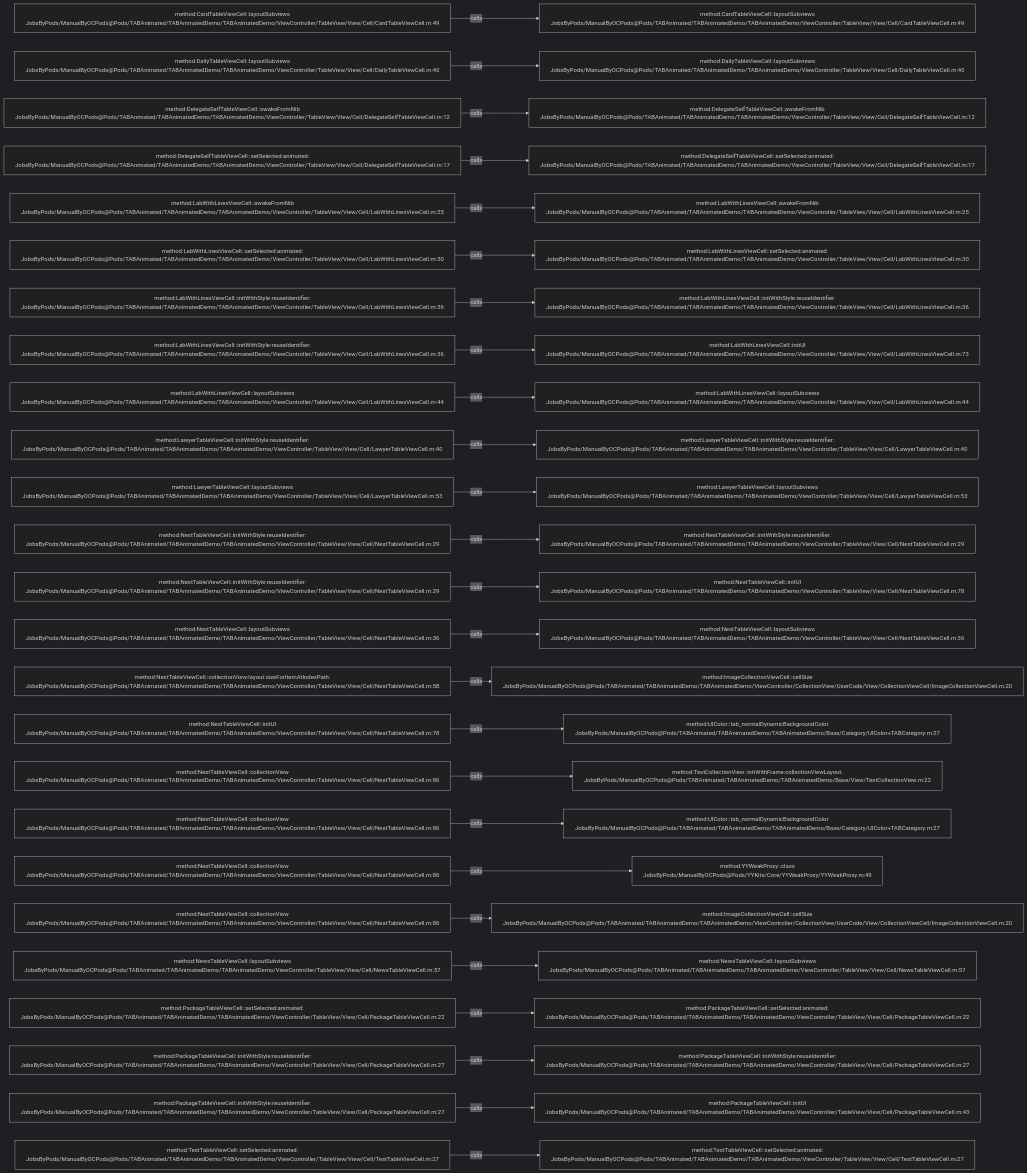
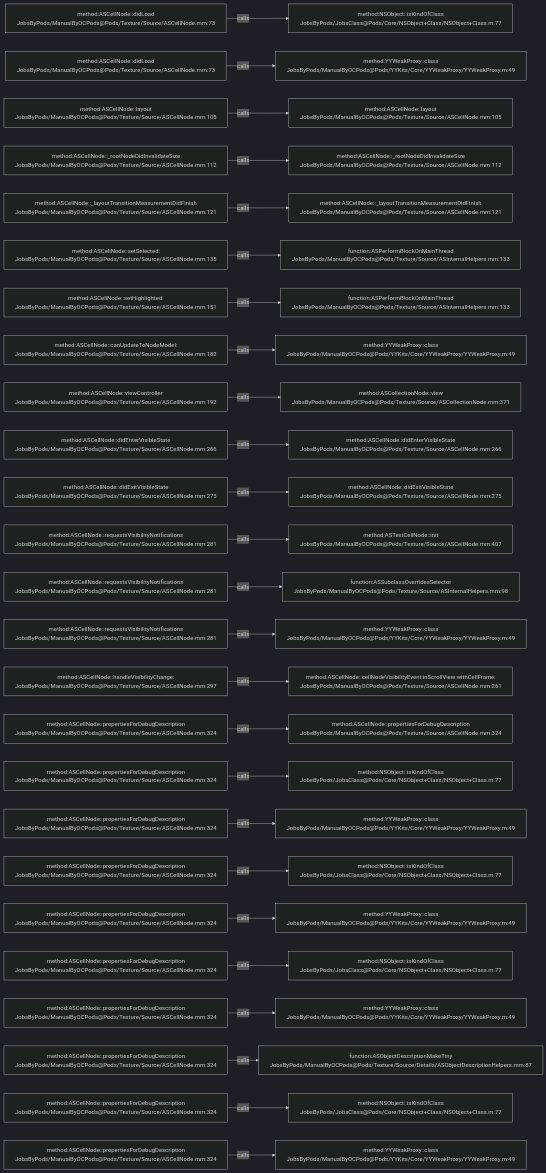
One commit to JobsKits/JobsOCBaseConfigDemo changed the diagram in .codegraph/codegraph.md/graphs/calls-075.md. Above: the diagram before and after it, drawn with Mermaid (dark theme). The commit also changed 1223 other files, not shown here.

````diff
--- a/.codegraph/codegraph.md/graphs/calls-075.md
+++ b/.codegraph/codegraph.md/graphs/calls-075.md
@@ -13,78 +13,78 @@
 ```mermaid
 flowchart LR
-  S1["method:CardTableViewCell::layoutSubviews<br/>JobsByPods/ManualByOCPods@Pods/TABAnimated/TABAnimatedDemo/TABAnimatedDemo/ViewController/TableView/View/Cell/CardTableViewCell.m:49"]
-  T1["method:CardTableViewCell::layoutSubviews<br/>JobsByPods/ManualByOCPods@Pods/TABAnimated/TABAnimatedDemo/TABAnimatedDemo/ViewController/TableView/View/Cell/CardTableViewCell.m:49"]
+  S1["method:ASCellNode::didLoad<br/>JobsByPods/ManualByOCPods@Pods/Texture/Source/ASCellNode.mm:73"]
+  T1["method:NSObject::isKindOfClass<br/>JobsByPods/JobsClass@Pods/Core/NSObject+Class/NSObject+Class.m:77"]
   S1 -->|calls| T1
-  S2["method:DailyTableViewCell::layoutSubviews<br/>JobsByPods/ManualByOCPods@Pods/TABAnimated/TABAnimatedDemo/TABAnimatedDemo/ViewController/TableView/View/Cell/DailyTableViewCell.m:40"]
-  T2["method:DailyTableViewCell::layoutSubviews<br/>JobsByPods/ManualByOCPods@Pods/TABAnimated/TABAnimatedDemo/TABAnimatedDemo/ViewController/TableView/View/Cell/DailyTableViewCell.m:40"]
+  S2["method:ASCellNode::didLoad<br/>JobsByPods/ManualByOCPods@Pods/Texture/Source/ASCellNode.mm:73"]
+  T2["method:YYWeakProxy::class<br/>JobsByPods/ManualByOCPods@Pods/YYKits/Core/YYWeakProxy/YYWeakProxy.m:49"]
   S2 -->|calls| T2
-  S3["method:DelegateSelfTableViewCell::awakeFromNib<br/>JobsByPods/ManualByOCPods@Pods/TABAnimated/TABAnimatedDemo/TABAnimatedDemo/ViewController/TableView/View/Cell/DelegateSelfTableViewCell.m:12"]
-  T3["method:DelegateSelfTableViewCell::awakeFromNib<br/>JobsByPods/ManualByOCPods@Pods/TABAnimated/TABAnimatedDemo/TABAnimatedDemo/ViewController/TableView/View/Cell/DelegateSelfTableViewCell.m:12"]
+  S3["method:ASCellNode::layout<br/>JobsByPods/ManualByOCPods@Pods/Texture/Source/ASCellNode.mm:105"]
+  T3["method:ASCellNode::layout<br/>JobsByPods/ManualByOCPods@Pods/Texture/Source/ASCellNode.mm:105"]
   S3 -->|calls| T3
-  S4["method:DelegateSelfTableViewCell::setSelected:animated:<br/>JobsByPods/ManualByOCPods@Pods/TABAnimated/TABAnimatedDemo/TABAnimatedDemo/ViewController/TableView/View/Cell/DelegateSelfTableViewCell.m:17"]
-  T4["method:DelegateSelfTableViewCell::setSelected:animated:<br/>JobsByPods/ManualByOCPods@Pods/TABAnimated/TABAnimatedDemo/TABAnimatedDemo/ViewController/TableView/View/Cell/DelegateSelfTableViewCell.m:17"]
+  S4["method:ASCellNode::_rootNodeDidInvalidateSize<br/>JobsByPods/ManualByOCPods@Pods/Texture/Source/ASCellNode.mm:112"]
+  T4["method:ASCellNode::_rootNodeDidInvalidateSize<br/>JobsByPods/ManualByOCPods@Pods/Texture/Source/ASCellNode.mm:112"]
   S4 -->|calls| T4
-  S5["method:LabWithLinesViewCell::awakeFromNib<br/>JobsByPods/ManualByOCPods@Pods/TABAnimated/TABAnimatedDemo/TABAnimatedDemo/ViewController/TableView/View/Cell/LabWithLinesViewCell.m:25"]
-  T5["method:LabWithLinesViewCell::awakeFromNib<br/>JobsByPods/ManualByOCPods@Pods/TABAnimated/TABAnimatedDemo/TABAnimatedDemo/ViewController/TableView/View/Cell/LabWithLinesViewCell.m:25"]
+  S5["method:ASCellNode::_layoutTransitionMeasurementDidFinish<br/>JobsByPods/ManualByOCPods@Pods/Texture/Source/ASCellNode.mm:121"]
+  T5["method:ASCellNode::_layoutTransitionMeasurementDidFinish<br/>JobsByPods/ManualByOCPods@Pods/Texture/Source/ASCellNode.mm:121"]
   S5 -->|calls| T5
-  S6["method:LabWithLinesViewCell::setSelected:animated:<br/>JobsByPods/ManualByOCPods@Pods/TABAnimated/TABAnimatedDemo/TABAnimatedDemo/ViewController/TableView/View/Cell/LabWithLinesViewCell.m:30"]
-  T6["method:LabWithLinesViewCell::setSelected:animated:<br/>JobsByPods/ManualByOCPods@Pods/TABAnimated/TABAnimatedDemo/TABAnimatedDemo/ViewController/TableView/View/Cell/LabWithLinesViewCell.m:30"]
+  S6["method:ASCellNode::setSelected:<br/>JobsByPods/ManualByOCPods@Pods/Texture/Source/ASCellNode.mm:135"]
+  T6["function:ASPerformBlockOnMainThread<br/>JobsByPods/ManualByOCPods@Pods/Texture/Source/ASInternalHelpers.mm:133"]
   S6 -->|calls| T6
-  S7["method:LabWithLinesViewCell::initWithStyle:reuseIdentifier:<br/>JobsByPods/ManualByOCPods@Pods/TABAnimated/TABAnimatedDemo/TABAnimatedDemo/ViewController/TableView/View/Cell/LabWithLinesViewCell.m:36"]
-  T7["method:LabWithLinesViewCell::initWithStyle:reuseIdentifier:<br/>JobsByPods/ManualByOCPods@Pods/TABAnimated/TABAnimatedDemo/TABAnimatedDemo/ViewController/TableView/View/Cell/LabWithLinesViewCell.m:36"]
+  S7["method:ASCellNode::setHighlighted:<br/>JobsByPods/ManualByOCPods@Pods/Texture/Source/ASCellNode.mm:151"]
+  T7["function:ASPerformBlockOnMainThread<br/>JobsByPods/ManualByOCPods@Pods/Texture/Source/ASInternalHelpers.mm:133"]
   S7 -->|calls| T7
-  S8["method:LabWithLinesViewCell::initWithStyle:reuseIdentifier:<br/>JobsByPods/ManualByOCPods@Pods/TABAnimated/TABAnimatedDemo/TABAnimatedDemo/ViewController/TableView/View/Cell/LabWithLinesViewCell.m:36"]
-  T8["method:LabWithLinesViewCell::initUI<br/>JobsByPods/ManualByOCPods@Pods/TABAnimated/TABAnimatedDemo/TABAnimatedDemo/ViewController/TableView/View/Cell/LabWithLinesViewCell.m:73"]
+  S8["method:ASCellNode::canUpdateToNodeModel:<br/>JobsByPods/ManualByOCPods@Pods/Texture/Source/ASCellNode.mm:182"]
+  T8["method:YYWeakProxy::class<br/>JobsByPods/ManualByOCPods@Pods/YYKits/Core/YYWeakProxy/YYWeakProxy.m:49"]
   S8 -->|calls| T8
-  S9["method:LabWithLinesViewCell::layoutSubviews<br/>JobsByPods/ManualByOCPods@Pods/TABAnimated/TABAnimatedDemo/TABAnimatedDemo/ViewController/TableView/View/Cell/LabWithLinesViewCell.m:44"]
-  T9["method:LabWithLinesViewCell::layoutSubviews<br/>JobsByPods/ManualByOCPods@Pods/TABAnimated/TABAnimatedDemo/TABAnimatedDemo/ViewController/TableView/View/Cell/LabWithLinesViewCell.m:44"]
+  S9["method:ASCellNode::viewController<br/>JobsByPods/ManualByOCPods@Pods/Texture/Source/ASCellNode.mm:192"]
+  T9["method:ASCollectionNode::view<br/>JobsByPods/ManualByOCPods@Pods/Texture/Source/ASCollectionNode.mm:371"]
   S9 -->|calls| T9
-  S10["method:LawyerTableViewCell::initWithStyle:reuseIdentifier:<br/>JobsByPods/ManualByOCPods@Pods/TABAnimated/TABAnimatedDemo/TABAnimatedDemo/ViewController/TableView/View/Cell/LawyerTableViewCell.m:40"]
-  T10["method:LawyerTableViewCell::initWithStyle:reuseIdentifier:<br/>JobsByPods/ManualByOCPods@Pods/TABAnimated/TABAnimatedDemo/TABAnimatedDemo/ViewController/TableView/View/Cell/LawyerTableViewCell.m:40"]
+  S10["method:ASCellNode::didEnterVisibleState<br/>JobsByPods/ManualByOCPods@Pods/Texture/Source/ASCellNode.mm:266"]
+  T10["method:ASCellNode::didEnterVisibleState<br/>JobsByPods/ManualByOCPods@Pods/Texture/Source/ASCellNode.mm:266"]
   S10 -->|calls| T10
-  S11["method:LawyerTableViewCell::layoutSubviews<br/>JobsByPods/ManualByOCPods@Pods/TABAnimated/TABAnimatedDemo/TABAnimatedDemo/ViewController/TableView/View/Cell/LawyerTableViewCell.m:53"]
-  T11["method:LawyerTableViewCell::layoutSubviews<br/>JobsByPods/ManualByOCPods@Pods/TABAnimated/TABAnimatedDemo/TABAnimatedDemo/ViewController/TableView/View/Cell/LawyerTableViewCell.m:53"]
+  S11["method:ASCellNode::didExitVisibleState<br/>JobsByPods/ManualByOCPods@Pods/Texture/Source/ASCellNode.mm:275"]
+  T11["method:ASCellNode::didExitVisibleState<br/>JobsByPods/ManualByOCPods@Pods/Texture/Source/ASCellNode.mm:275"]
   S11 -->|calls| T11
-  S12["method:NestTableViewCell::initWithStyle:reuseIdentifier:<br/>JobsByPods/ManualByOCPods@Pods/TABAnimated/TABAnimatedDemo/TABAnimatedDemo/ViewController/TableView/View/Cell/NestTableViewCell.m:29"]
-  T12["method:NestTableViewCell::initWithStyle:reuseIdentifier:<br/>JobsByPods/ManualByOCPods@Pods/TABAnimated/TABAnimatedDemo/TABAnimatedDemo/ViewController/TableView/View/Cell/NestTableViewCell.m:29"]
+  S12["method:ASCellNode::requestsVisibilityNotifications<br/>JobsByPods/ManualByOCPods@Pods/Texture/Source/ASCellNode.mm:281"]
+  T12["method:ASTextCellNode::init<br/>JobsByPods/ManualByOCPods@Pods/Texture/Source/ASCellNode.mm:407"]
   S12 -->|calls| T12
-  S13["method:NestTableViewCell::initWithStyle:reuseIdentifier:<br/>JobsByPods/ManualByOCPods@Pods/TABAnimated/TABAnimatedDemo/TABAnimatedDemo/ViewController/TableView/View/Cell/NestTableViewCell.m:29"]
-  T13["method:NestTableViewCell::initUI<br/>JobsByPods/ManualByOCPods@Pods/TABAnimated/TABAnimatedDemo/TABAnimatedDemo/ViewController/TableView/View/Cell/NestTableViewCell.m:78"]
+  S13["method:ASCellNode::requestsVisibilityNotifications<br/>JobsByPods/ManualByOCPods@Pods/Texture/Source/ASCellNode.mm:281"]
+  T13["function:ASSubclassOverridesSelector<br/>JobsByPods/ManualByOCPods@Pods/Texture/Source/ASInternalHelpers.mm:98"]
   S13 -->|calls| T13
-  S14["method:NestTableViewCell::layoutSubviews<br/>JobsByPods/ManualByOCPods@Pods/TABAnimated/TABAnimatedDemo/TABAnimatedDemo/ViewController/TableView/View/Cell/NestTableViewCell.m:36"]
-  T14["method:NestTableViewCell::layoutSubviews<br/>JobsByPods/ManualByOCPods@Pods/TABAnimated/TABAnimatedDemo/TABAnimatedDemo/ViewController/TableView/View/Cell/NestTableViewCell.m:36"]
+  S14["method:ASCellNode::requestsVisibilityNotifications<br/>JobsByPods/ManualByOCPods@Pods/Texture/Source/ASCellNode.mm:281"]
+  T14["method:YYWeakProxy::class<br/>JobsByPods/ManualByOCPods@Pods/YYKits/Core/YYWeakProxy/YYWeakProxy.m:49"]
   S14 -->|calls| T14
-  S15["method:NestTableViewCell::collectionView:layout:sizeForItemAtIndexPath:<br/>JobsByPods/ManualByOCPods@Pods/TABAnimated/TABAnimatedDemo/TABAnimatedDemo/ViewController/TableView/View/Cell/NestTableViewCell.m:58"]
-  T15["method:ImageCollectionViewCell::cellSize<br/>JobsByPods/ManualByOCPods@Pods/TABAnimated/TABAnimatedDemo/TABAnimatedDemo/ViewController/CollectionView/UserCode/View/CollectionViewCell/ImageCollectionViewCell.m:20"]
+  S15["method:ASCellNode::handleVisibilityChange:<br/>JobsByPods/ManualByOCPods@Pods/Texture/Source/ASCellNode.mm:297"]
+  T15["method:ASCellNode::cellNodeVisibilityEvent:inScrollView:withCellFrame:<br/>JobsByPods/ManualByOCPods@Pods/Texture/Source/ASCellNode.mm:261"]
   S15 -->|calls| T15
-  S16["method:NestTableViewCell::initUI<br/>JobsByPods/ManualByOCPods@Pods/TABAnimated/TABAnimatedDemo/TABAnimatedDemo/ViewController/TableView/View/Cell/NestTableViewCell.m:78"]
-  T16["method:UIColor::tab_normalDynamicBackgroundColor<br/>JobsByPods/ManualByOCPods@Pods/TABAnimated/TABAnimatedDemo/TABAnimatedDemo/Base/Category/UIColor+TABCategory.m:27"]
+  S16["method:ASCellNode::propertiesForDebugDescription<br/>JobsByPods/ManualByOCPods@Pods/Texture/Source/ASCellNode.mm:324"]
+  T16["method:ASCellNode::propertiesForDebugDescription<br/>JobsByPods/ManualByOCPods@Pods/Texture/Source/ASCellNode.mm:324"]
   S16 -->|calls| T16
-  S17["method:NestTableViewCell::collectionView<br/>JobsByPods/ManualByOCPods@Pods/TABAnimated/TABAnimatedDemo/TABAnimatedDemo/ViewController/TableView/View/Cell/NestTableViewCell.m:86"]
-  T17["method:TestCollectionView::initWithFrame:collectionViewLayout:<br/>JobsByPods/ManualByOCPods@Pods/TABAnimated/TABAnimatedDemo/TABAnimatedDemo/Base/View/TestCollectionView.m:22"]
+  S17["method:ASCellNode::propertiesForDebugDescription<br/>JobsByPods/ManualByOCPods@Pods/Texture/Source/ASCellNode.mm:324"]
+  T17["method:NSObject::isKindOfClass<br/>JobsByPods/JobsClass@Pods/Core/NSObject+Class/NSObject+Class.m:77"]
   S17 -->|calls| T17
-  S18["method:NestTableViewCell::collectionView<br/>JobsByPods/ManualByOCPods@Pods/TABAnimated/TABAnimatedDemo/TABAnimatedDemo/ViewController/TableView/View/Cell/NestTableViewCell.m:86"]
-  T18["method:UIColor::tab_normalDynamicBackgroundColor<br/>JobsByPods/ManualByOCPods@Pods/TABAnimated/TABAnimatedDemo/TABAnimatedDemo/Base/Category/UIColor+TABCategory.m:27"]
+  S18["method:ASCellNode::propertiesForDebugDescription<br/>JobsByPods/ManualByOCPods@Pods/Texture/Source/ASCellNode.mm:324"]
+  T18["method:YYWeakProxy::class<br/>JobsByPods/ManualByOCPods@Pods/YYKits/Core/YYWeakProxy/YYWeakProxy.m:49"]
   S18 -->|calls| T18
-  S19["method:NestTableViewCell::collectionView<br/>JobsByPods/ManualByOCPods@Pods/TABAnimated/TABAnimatedDemo/TABAnimatedDemo/ViewController/TableView/View/Cell/NestTableViewCell.m:86"]
-  T19["method:YYWeakProxy::class<br/>JobsByPods/ManualByOCPods@Pods/YYKits/Core/YYWeakProxy/YYWeakProxy.m:49"]
+  S19["method:ASCellNode::propertiesForDebugDescription<br/>JobsByPods/ManualByOCPods@Pods/Texture/Source/ASCellNode.mm:324"]
+  T19["method:NSObject::isKindOfClass<br/>JobsByPods/JobsClass@Pods/Core/NSObject+Class/NSObject+Class.m:77"]
   S19 -->|calls| T19
-  S20["method:NestTableViewCell::collectionView<br/>JobsByPods/ManualByOCPods@Pods/TABAnimated/TABAnimatedDemo/TABAnimatedDemo/ViewController/TableView/View/Cell/NestTableViewCell.m:86"]
-  T20["method:ImageCollectionViewCell::cellSize<br/>JobsByPods/ManualByOCPods@Pods/TABAnimated/TABAnimatedDemo/TABAnimatedDemo/ViewController/CollectionView/UserCode/View/CollectionViewCell/ImageCollectionViewCell.m:20"]
+  S20["method:ASCellNode::propertiesForDebugDescription<br/>JobsByPods/ManualByOCPods@Pods/Texture/Source/ASCellNode.mm:324"]
+  T20["method:YYWeakProxy::class<br/>JobsByPods/ManualByOCPods@Pods/YYKits/Core/YYWeakProxy/YYWeakProxy.m:49"]
   S20 -->|calls| T20
-  S21["method:NewsTableViewCell::layoutSubviews<br/>JobsByPods/ManualByOCPods@Pods/TABAnimated/TABAnimatedDemo/TABAnimatedDemo/ViewController/TableView/View/Cell/NewsTableViewCell.m:57"]
-  T21["method:NewsTableViewCell::layoutSubviews<br/>JobsByPods/ManualByOCPods@Pods/TABAnimated/TABAnimatedDemo/TABAnimatedDemo/ViewController/TableView/View/Cell/NewsTableViewCell.m:57"]
+  S21["method:ASCellNode::propertiesForDebugDescription<br/>JobsByPods/ManualByOCPods@Pods/Texture/Source/ASCellNode.mm:324"]
+  T21["method:NSObject::isKindOfClass<br/>JobsByPods/JobsClass@Pods/Core/NSObject+Class/NSObject+Class.m:77"]
   S21 -->|calls| T21
-  S22["method:PackageTableViewCell::setSelected:animated:<br/>JobsByPods/ManualByOCPods@Pods/TABAnimated/TABAnimatedDemo/TABAnimatedDemo/ViewController/TableView/View/Cell/PackageTableViewCell.m:22"]
-  T22["method:PackageTableViewCell::setSelected:animated:<br/>JobsByPods/ManualByOCPods@Pods/TABAnimated/TABAnimatedDemo/TABAnimatedDemo/ViewController/TableView/View/Cell/PackageTableViewCell.m:22"]
+  S22["method:ASCellNode::propertiesForDebugDescription<br/>JobsByPods/ManualByOCPods@Pods/Texture/Source/ASCellNode.mm:324"]
+  T22["method:YYWeakProxy::class<br/>JobsByPods/ManualByOCPods@Pods/YYKits/Core/YYWeakProxy/YYWeakProxy.m:49"]
   S22 -->|calls| T22
-  S23["method:PackageTableViewCell::initWithStyle:reuseIdentifier:<br/>JobsByPods/ManualByOCPods@Pods/TABAnimated/TABAnimatedDemo/TABAnimatedDemo/ViewController/TableView/View/Cell/PackageTableViewCell.m:27"]
-  T23["method:PackageTableViewCell::initWithStyle:reuseIdentifier:<br/>JobsByPods/ManualByOCPods@Pods/TABAnimated/TABAnimatedDemo/TABAnimatedDemo/ViewController/TableView/View/Cell/PackageTableViewCell.m:27"]
+  S23["method:ASCellNode::propertiesForDebugDescription<br/>JobsByPods/ManualByOCPods@Pods/Texture/Source/ASCellNode.mm:324"]
+  T23["function:ASObjectDescriptionMakeTiny<br/>JobsByPods/ManualByOCPods@Pods/Texture/Source/Details/ASObjectDescriptionHelpers.mm:87"]
   S23 -->|calls| T23
-  S24["method:PackageTableViewCell::initWithStyle:reuseIdentifier:<br/>JobsByPods/ManualByOCPods@Pods/TABAnimated/TABAnimatedDemo/TABAnimatedDemo/ViewController/TableView/View/Cell/PackageTableViewCell.m:27"]
-  T24["method:PackageTableViewCell::initUI<br/>JobsByPods/ManualByOCPods@Pods/TABAnimated/TABAnimatedDemo/TABAnimatedDemo/ViewController/TableView/View/Cell/PackageTableViewCell.m:43"]
+  S24["method:ASCellNode::propertiesForDebugDescription<br/>JobsByPods/ManualByOCPods@Pods/Texture/Source/ASCellNode.mm:324"]
+  T24["method:NSObject::isKindOfClass<br/>JobsByPods/JobsClass@Pods/Core/NSObject+Class/NSObject+Class.m:77"]
   S24 -->|calls| T24
-  S25["method:TestTableViewCell::setSelected:animated:<br/>JobsByPods/ManualByOCPods@Pods/TABAnimated/TABAnimatedDemo/TABAnimatedDemo/ViewController/TableView/View/Cell/TestTableViewCell.m:27"]
-  T25["method:TestTableViewCell::setSelected:animated:<br/>JobsByPods/ManualByOCPods@Pods/TABAnimated/TABAnimatedDemo/TABAnimatedDemo/ViewController/TableView/View/Cell/TestTableViewCell.m:27"]
+  S25["method:ASCellNode::propertiesForDebugDescription<br/>JobsByPods/ManualByOCPods@Pods/Texture/Source/ASCellNode.mm:324"]
+  T25["method:YYWeakProxy::class<br/>JobsByPods/ManualByOCPods@Pods/YYKits/Core/YYWeakProxy/YYWeakProxy.m:49"]
   S25 -->|calls| T25
 ```
````
